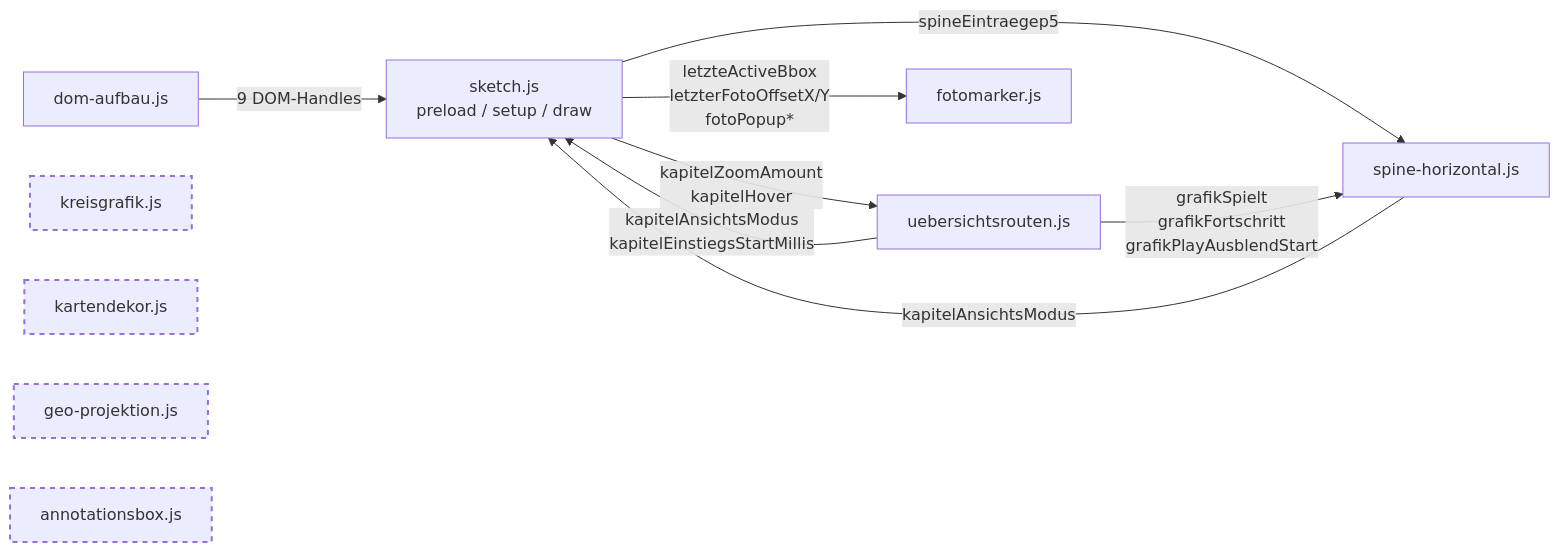
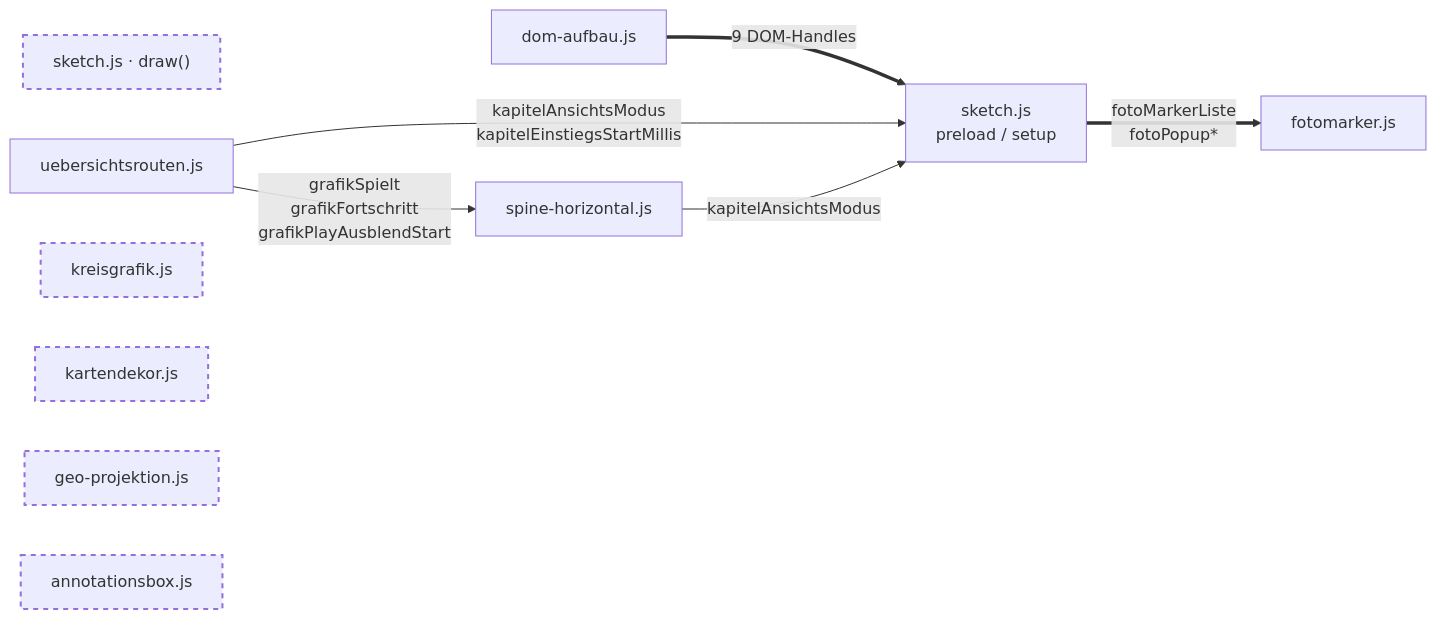
One commit to charis-arnold/bel-ami-v3 changed the first of 2 diagrams in docs/best-practices-review.md. Above: the diagram before and after it, drawn with Mermaid. The commit also changed other lines of this file and 1 other file, not shown here.

First line of the commit message:
Doku: Kapselung der draw()-Schreibzugriffe nachgezogen

````diff
--- a/docs/best-practices-review.md
+++ b/docs/best-practices-review.md
@@ -131,24 +132,23 @@
 ```mermaid
 graph LR
-    SK["sketch.js<br/>preload / setup / draw"]
+    SK["sketch.js<br/>preload / setup"]
+    DRAW["sketch.js · draw()"]
     DOM["dom-aufbau.js"]
     UR["uebersichtsrouten.js"]
     SH["spine-horizontal.js"]
     FM["fotomarker.js"]
 
-    SK -->|"spineEintraegep5"| SH
-    SK -->|"kapitelZoomAmount<br/>kapitelHover"| UR
-    SK -->|"letzteActiveBbox<br/>letzterFotoOffsetX/Y<br/>fotoPopup*"| FM
+    SK ==>|"fotoMarkerListe<br/>fotoPopup*"| FM
+    DOM ==>|"9 DOM-Handles"| SK
     UR -->|"kapitelAnsichtsModus<br/>kapitelEinstiegsStartMillis"| SK
     UR -->|"grafikSpielt<br/>grafikFortschritt<br/>grafikPlayAusblendStart"| SH
     SH -->|"kapitelAnsichtsModus"| SK
-    DOM -->|"9 DOM-Handles"| SK
 
     KG["kreisgrafik.js"]
     KD["kartendekor.js"]
     GEO["geo-projektion.js"]
     AB["annotationsbox.js"]
 
     classDef schreibfrei stroke-dasharray: 5 5,stroke-width:2px
-    class KG,KD,GEO,AB schreibfrei
+    class KG,KD,GEO,AB,DRAW schreibfrei
 ```
````
